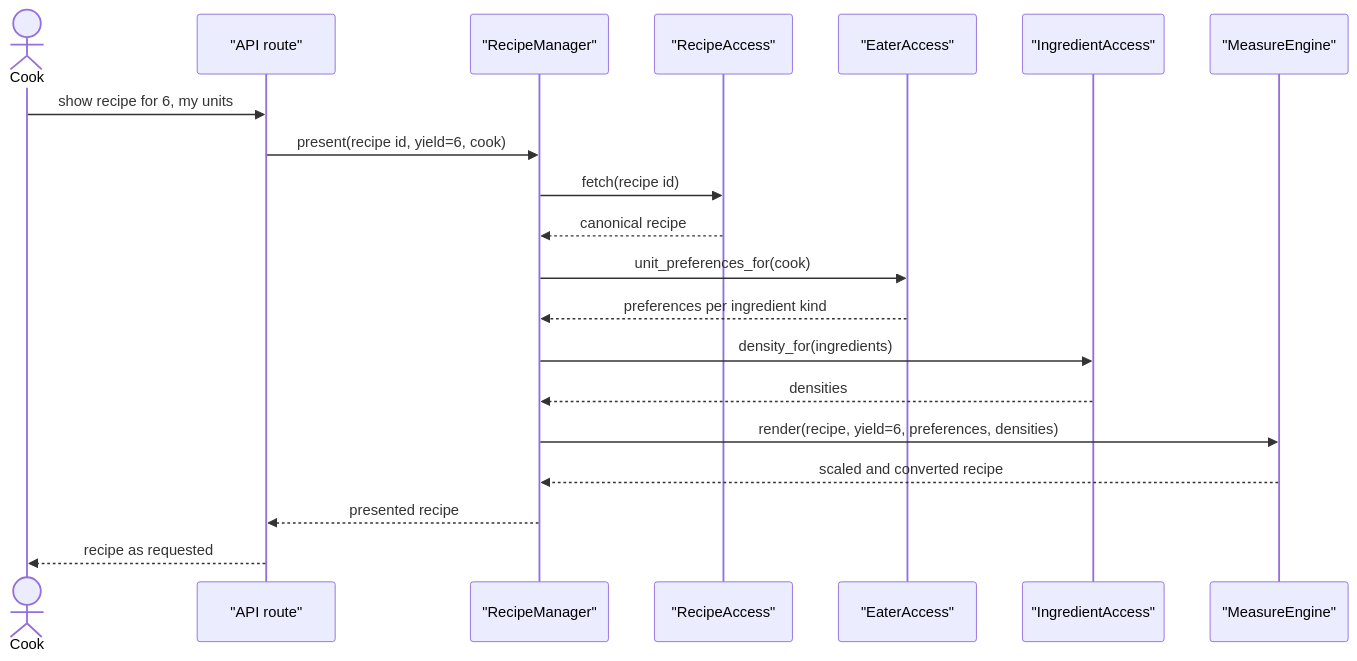
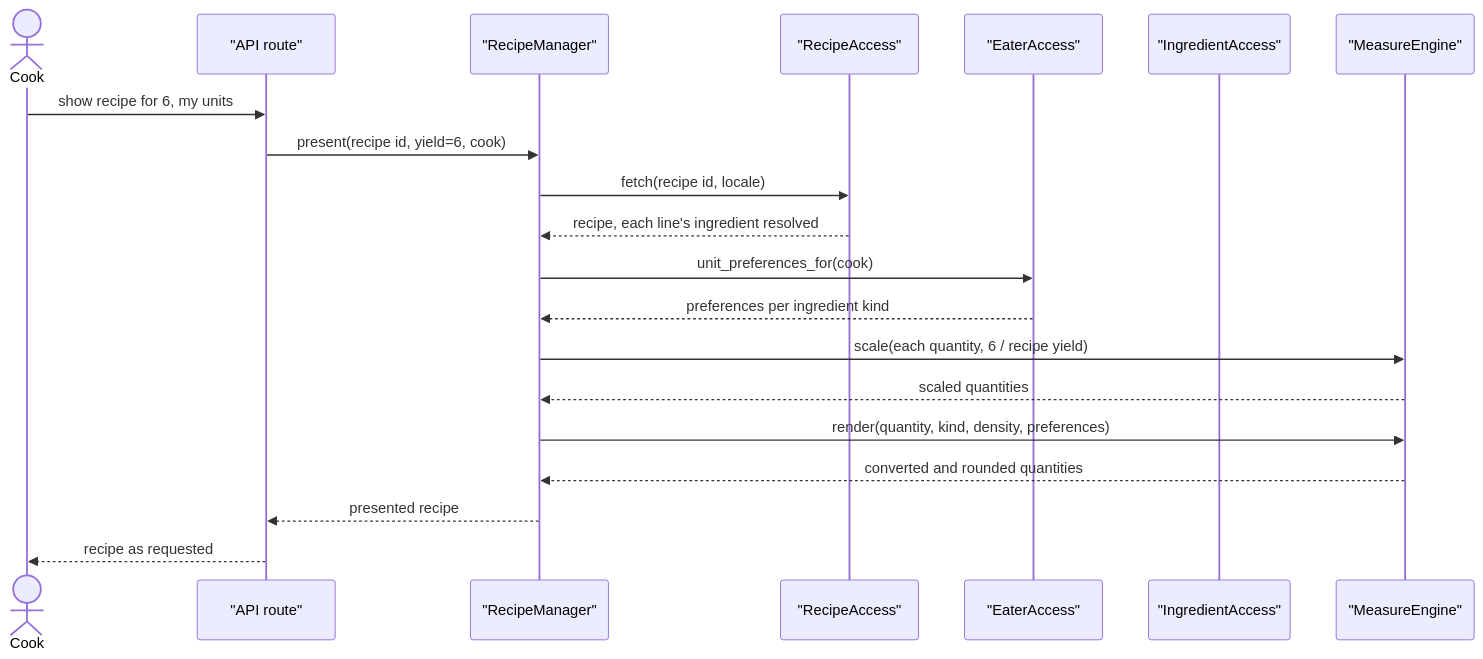
The sixth of 9 diagrams in doc/05-use-case-flows.md (h3ll5ur7er/quookly), drawn with Mermaid before and after one commit. The commit also changed other lines of this file and 18 other files, not shown here.

````diff
--- a/doc/05-use-case-flows.md
+++ b/doc/05-use-case-flows.md
@@ -230,23 +230,23 @@
 ```mermaid
 sequenceDiagram
   actor Cook
   participant API as "API route"
   participant RM as "RecipeManager"
   participant RCA as "RecipeAccess"
   participant EAT as "EaterAccess"
   participant ING as "IngredientAccess"
   participant ME as "MeasureEngine"
 
   Cook->>API: show recipe for 6, my units
   API->>RM: present(recipe id, yield=6, cook)
-  RM->>RCA: fetch(recipe id)
-  RCA-->>RM: canonical recipe
+  RM->>RCA: fetch(recipe id, locale)
+  RCA-->>RM: recipe, each line's ingredient resolved
   RM->>EAT: unit_preferences_for(cook)
   EAT-->>RM: preferences per ingredient kind
-  RM->>ING: density_for(ingredients)
-  ING-->>RM: densities
-  RM->>ME: render(recipe, yield=6, preferences, densities)
-  ME-->>RM: scaled and converted recipe
+  RM->>ME: scale(each quantity, 6 / recipe yield)
+  ME-->>RM: scaled quantities
+  RM->>ME: render(quantity, kind, density, preferences)
+  ME-->>RM: converted and rounded quantities
   RM-->>API: presented recipe
   API-->>Cook: recipe as requested
 ```
````
